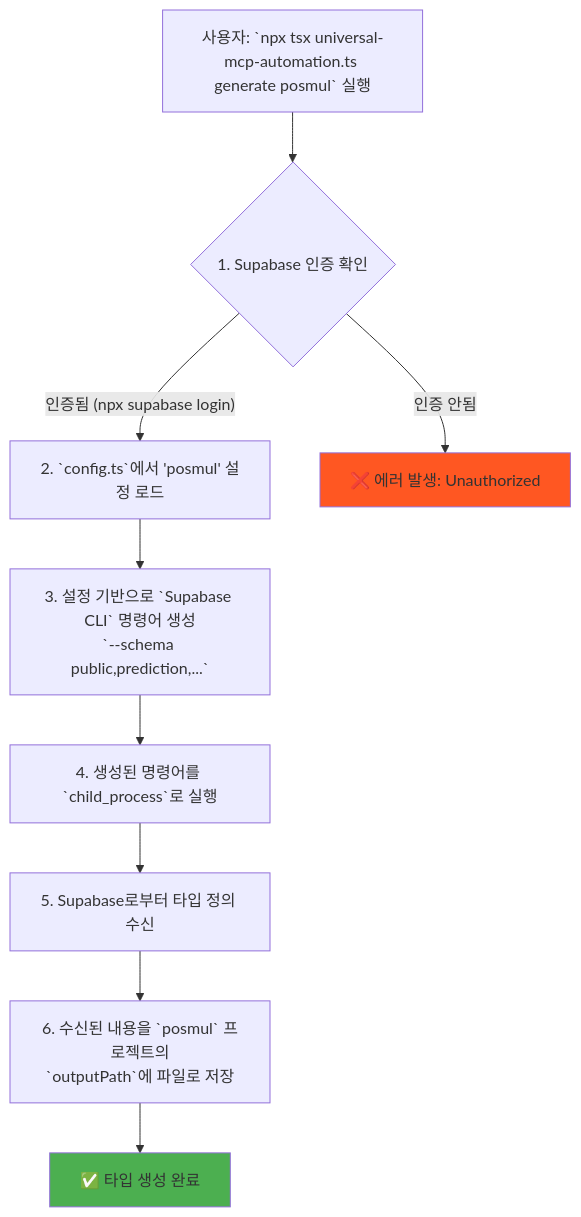
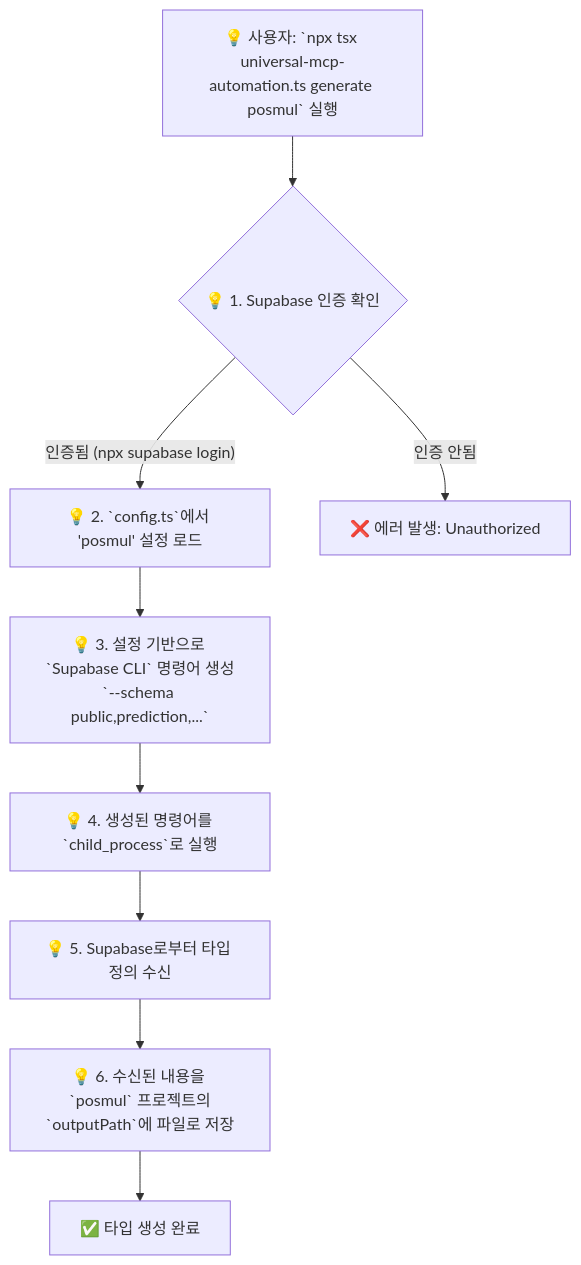
One commit to positivemultiplier/posmul changed the second of 4 diagrams in docs/explanation/mcp-automation-workflow.md. Above: the diagram before and after it, drawn with Mermaid. The commit also changed other lines of this file and 118 other files, not shown here.

````diff
--- a/docs/explanation/mcp-automation-workflow.md
+++ b/docs/explanation/mcp-automation-workflow.md
@@ -50,14 +50,11 @@
 ```mermaid
 flowchart TD
-    A["사용자: `npx tsx universal-mcp-automation.ts generate posmul` 실행"] --> B{"1. Supabase 인증 확인"};
-    B -- "인증됨 (npx supabase login)" --> C[2. `config.ts`에서 'posmul' 설정 로드];
-    C --> D["3. 설정 기반으로 `Supabase CLI` 명령어 생성<br/>`--schema public,prediction,...`"];
-    D --> E[4. 생성된 명령어를 `child_process`로 실행];
-    E --> F[5. Supabase로부터 타입 정의 수신];
-    F --> G["6. 수신된 내용을 `posmul` 프로젝트의<br/>`outputPath`에 파일로 저장"];
-    G --> H[✅ 타입 생성 완료];
+    A["💡 사용자: `npx tsx universal-mcp-automation.ts generate posmul` 실행"] --> B{"💡 1. Supabase 인증 확인"};
+    B -- "인증됨 (npx supabase login)" --> C["💡 2. `config.ts`에서 'posmul' 설정 로드"];
+    C --> D["💡 3. 설정 기반으로 `Supabase CLI` 명령어 생성<br/>`--schema public,prediction,...`"];
+    D --> E["💡 4. 생성된 명령어를 `child_process`로 실행"];
+    E --> F["💡 5. Supabase로부터 타입 정의 수신"];
+    F --> G["💡 6. 수신된 내용을 `posmul` 프로젝트의<br/>`outputPath`에 파일로 저장"];
+    G --> H["✅ 타입 생성 완료"];
     B -- "인증 안됨" --> I["❌ 에러 발생: Unauthorized"];
-
-    style H fill:#4CAF50
-    style I fill:#FF5722
 ```
````
